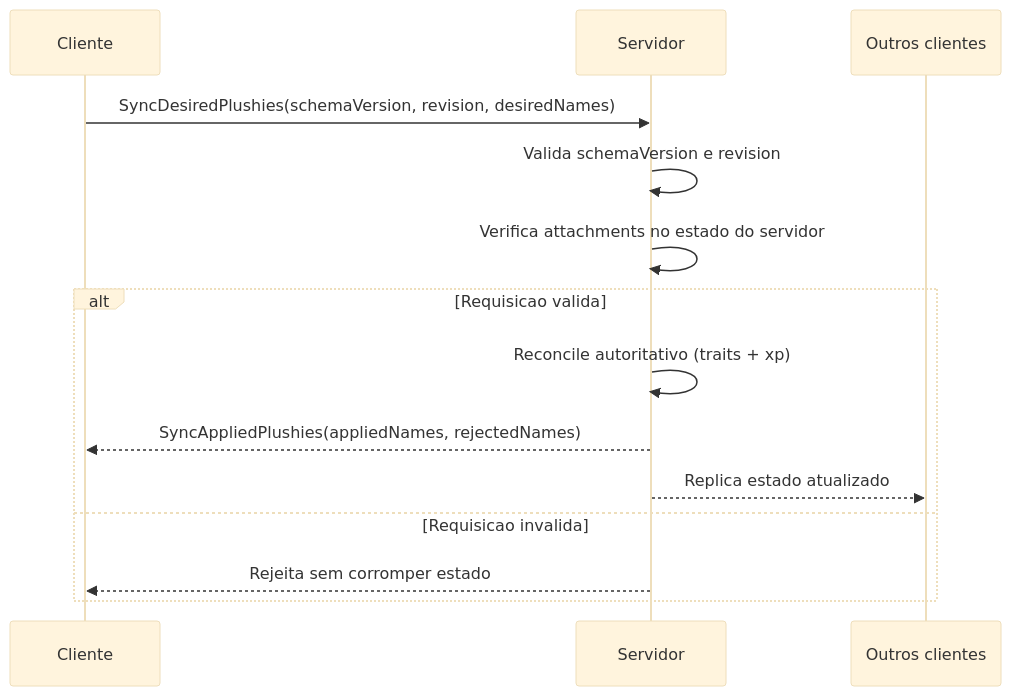
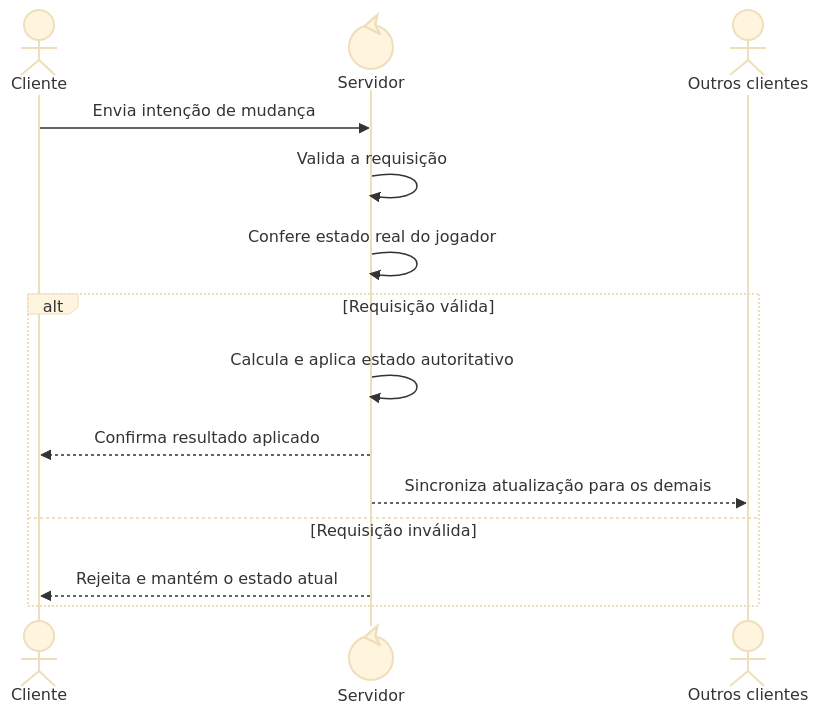
One commit to Dihgg/dihgg-website changed the diagram in src/content/blog/pt-BR/naninhas multiplayer.md. Above: the diagram before and after it, drawn with Mermaid (base theme). The commit also changed other lines of this file and 1 other file, not shown here.

````diff
--- a/src/content/blog/pt-BR/naninhas multiplayer.md
+++ b/src/content/blog/pt-BR/naninhas multiplayer.md
@@ -33,17 +40,17 @@
 ```mermaid
 sequenceDiagram
-  participant C as Cliente
-  participant S as Servidor
-  participant O as Outros clientes
+  actor C as Cliente
+  participant S@{ "type": "control" } as Servidor
+  actor O as Outros clientes
 
-  C->>S: SyncDesiredPlushies(schemaVersion, revision, desiredNames)
-  S->>S: Valida schemaVersion e revision
-  S->>S: Verifica attachments no estado do servidor
-  alt Requisicao valida
-    S->>S: Reconcile autoritativo (traits + xp)
-    S-->>C: SyncAppliedPlushies(appliedNames, rejectedNames)
-    S-->>O: Replica estado atualizado
-  else Requisicao invalida
-    S-->>C: Rejeita sem corromper estado
+  C->>S: Envia intenção de mudança
+  S->>S: Valida a requisição
+  S->>S: Confere estado real do jogador
+  alt Requisição válida
+    S->>S: Calcula e aplica estado autoritativo
+    S-->>C: Confirma resultado aplicado
+    S-->>O: Sincroniza atualização para os demais
+  else Requisição inválida
+    S-->>C: Rejeita e mantém o estado atual
   end
 ```
````
